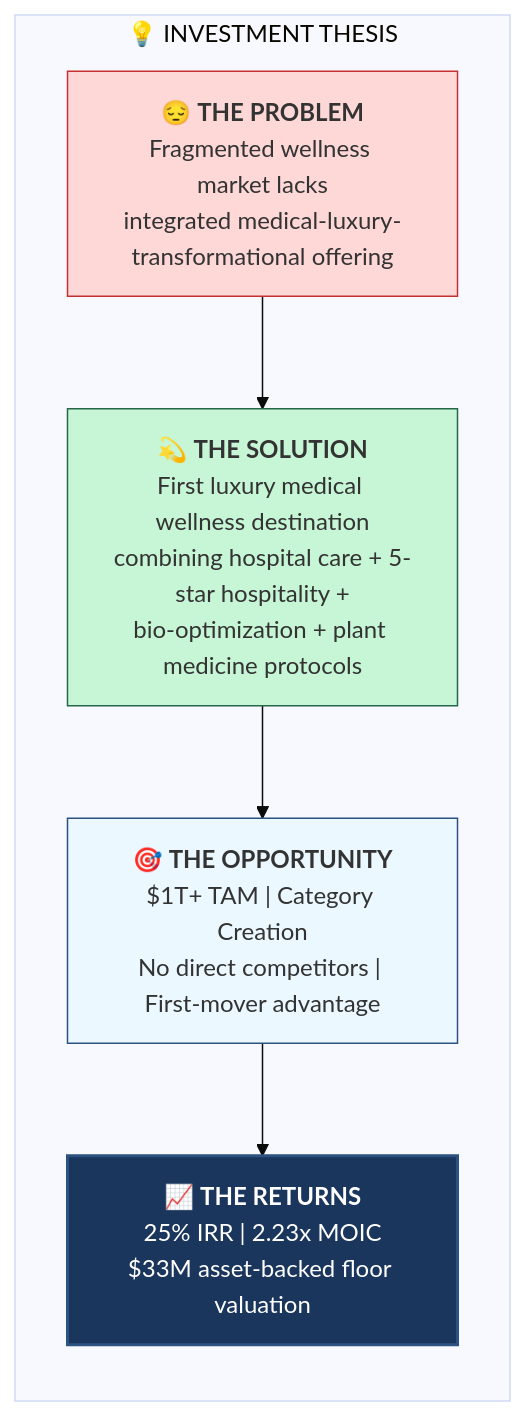
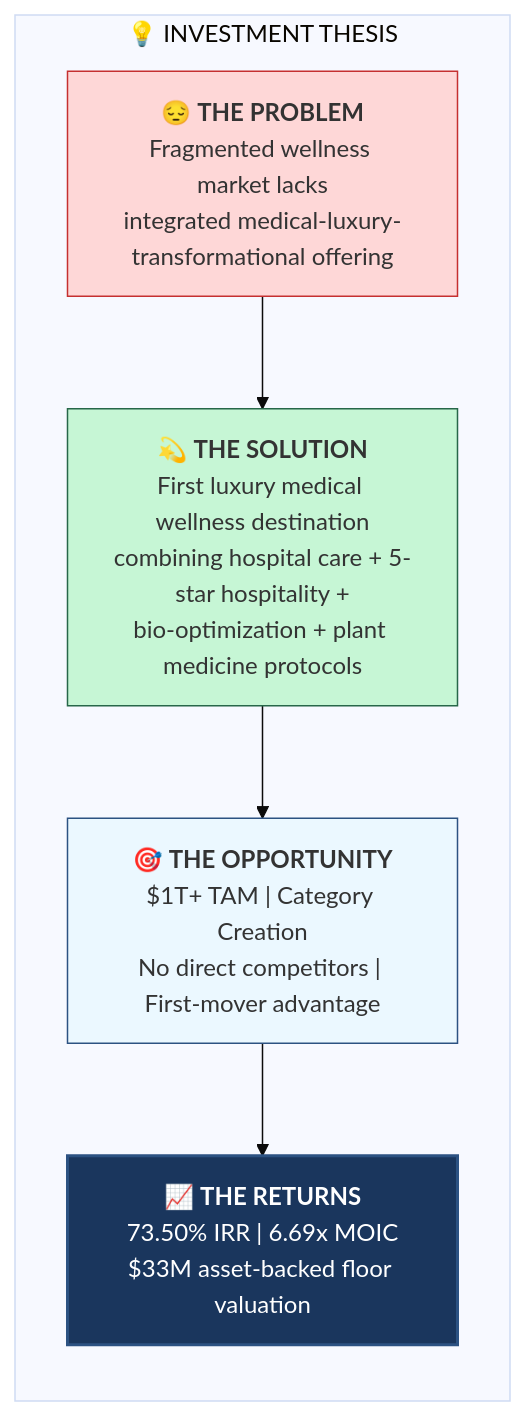
Before and after one commit to Light-Brands/epic-center: the second of 41 diagrams in docs/pitch-packet/AI_VALUATION_REPORT_VISUAL.md, drawn with Mermaid. The commit also changed other lines of this file and 54 other files, not shown here.

````diff
--- a/docs/pitch-packet/AI_VALUATION_REPORT_VISUAL.md
+++ b/docs/pitch-packet/AI_VALUATION_REPORT_VISUAL.md
@@ -84,22 +84,22 @@
 ```mermaid
 %%{init: {'theme': 'base'}}%%
 flowchart TB
     subgraph THESIS["💡 INVESTMENT THESIS"]
         direction TB
 
         PROBLEM["😔 <b>THE PROBLEM</b><br/>Fragmented wellness market lacks<br/>integrated medical-luxury-transformational offering"]
 
         SOLUTION["💫 <b>THE SOLUTION</b><br/>First luxury medical wellness destination<br/>combining hospital care + 5-star hospitality +<br/>bio-optimization + plant medicine protocols"]
 
         OPPORTUNITY["🎯 <b>THE OPPORTUNITY</b><br/>$1T+ TAM | Category Creation<br/>No direct competitors | First-mover advantage"]
 
-        RETURNS["📈 <b>THE RETURNS</b><br/>25% IRR | 2.23x MOIC<br/>$33M asset-backed floor valuation"]
+        RETURNS["📈 <b>THE RETURNS</b><br/>73.50% IRR | 6.69x MOIC<br/>$33M asset-backed floor valuation"]
 
         PROBLEM --> SOLUTION --> OPPORTUNITY --> RETURNS
     end
 
     style PROBLEM fill:#fed7d7,stroke:#c53030
     style SOLUTION fill:#c6f6d5,stroke:#276749
     style OPPORTUNITY fill:#ebf8ff,stroke:#2c5282
     style RETURNS fill:#1a365d,stroke:#2c5282,stroke-width:2px,color:#fff
 ```
````
